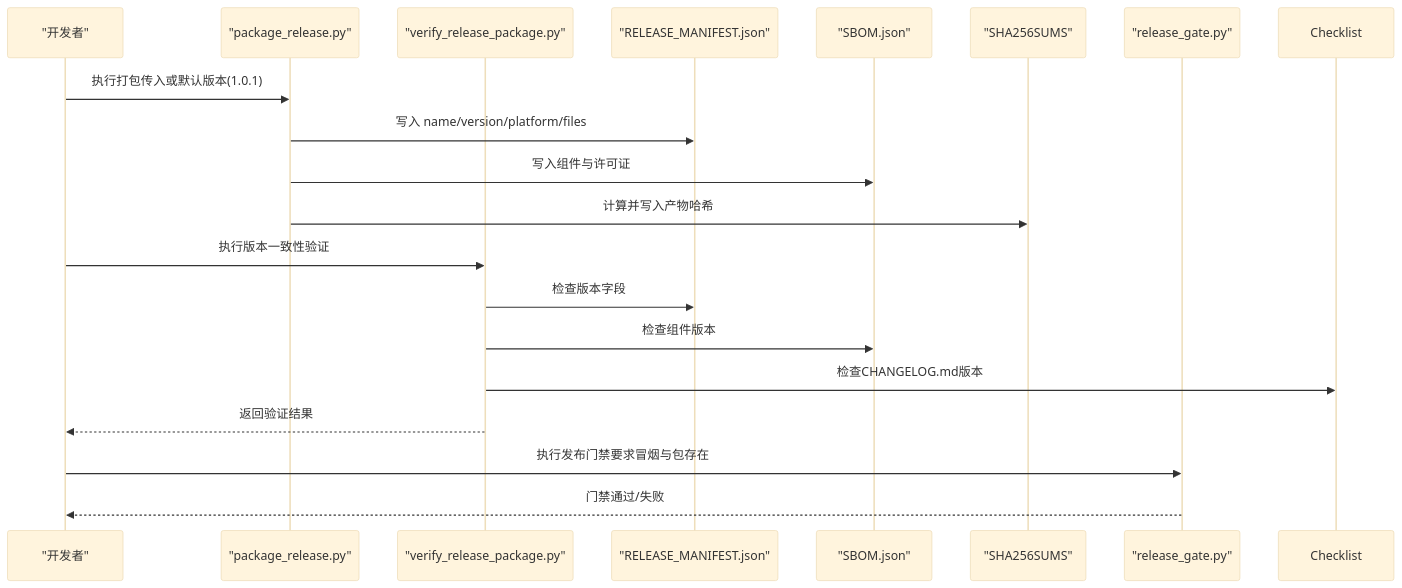
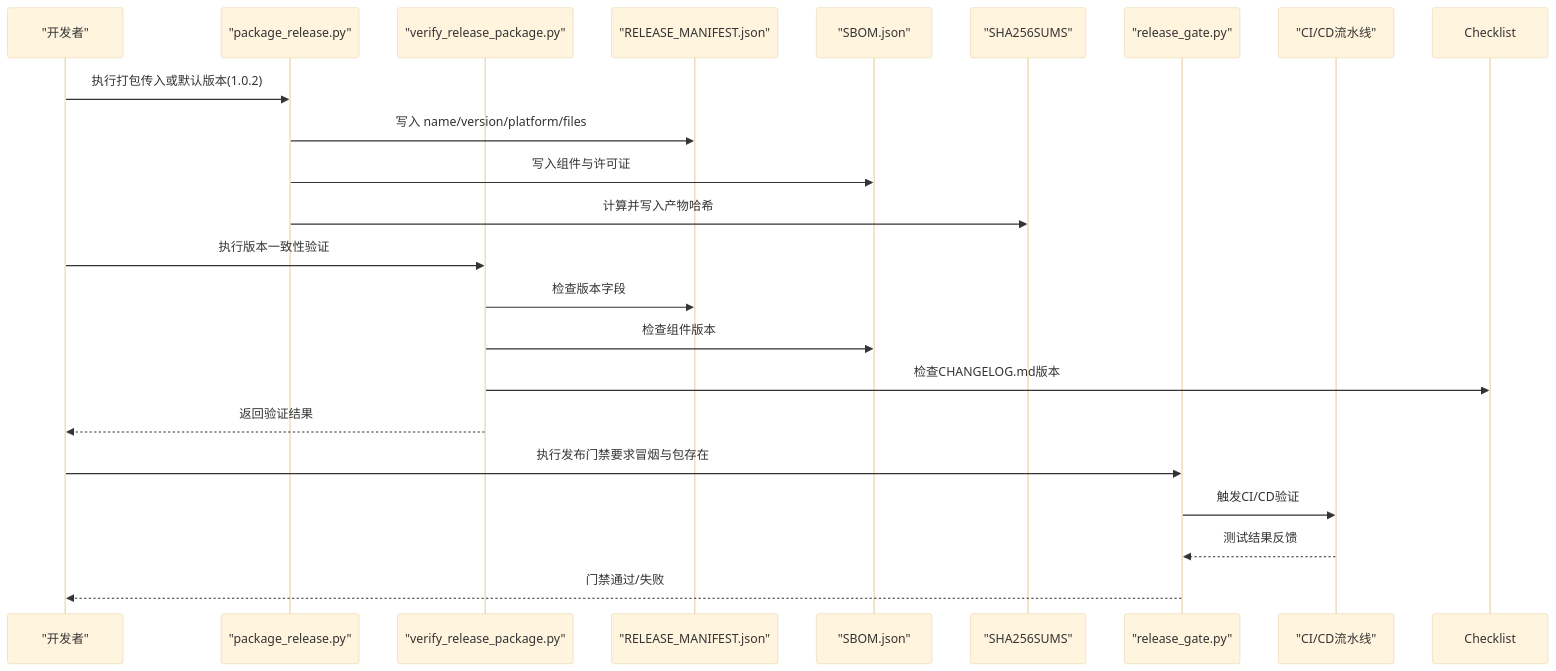
The second of 5 diagrams in .qoder/repowiki/zh/content/部署和发布/版本管理.md (haolange/RDC-Tool), drawn with Mermaid (base theme) before and after one commit. The commit also changed other lines of this file and 56 other files, not shown here.

````diff
--- a/.qoder/repowiki/zh/content/部署和发布/版本管理.md
+++ b/.qoder/repowiki/zh/content/部署和发布/版本管理.md
@@ -107,21 +111,24 @@
 ```mermaid
 sequenceDiagram
 participant Dev as "开发者"
 participant Build as "package_release.py"
 participant Verify as "verify_release_package.py"
 participant Manifest as "RELEASE_MANIFEST.json"
 participant SBOM as "SBOM.json"
 participant Checksum as "SHA256SUMS"
 participant Gate as "release_gate.py"
-Dev->>Build : 执行打包传入或默认版本(1.0.1)
+participant CI as "CI/CD流水线"
+Dev->>Build : 执行打包传入或默认版本(1.0.2)
 Build->>Manifest : 写入 name/version/platform/files
 Build->>SBOM : 写入组件与许可证
 Build->>Checksum : 计算并写入产物哈希
 Dev->>Verify : 执行版本一致性验证
 Verify->>Manifest : 检查版本字段
 Verify->>SBOM : 检查组件版本
 Verify->>Checklist : 检查CHANGELOG.md版本
 Verify-->>Dev : 返回验证结果
 Dev->>Gate : 执行发布门禁要求冒烟与包存在
+Gate->>CI : 触发CI/CD验证
+CI-->>Gate : 测试结果反馈
 Gate-->>Dev : 门禁通过/失败
 ```
````
